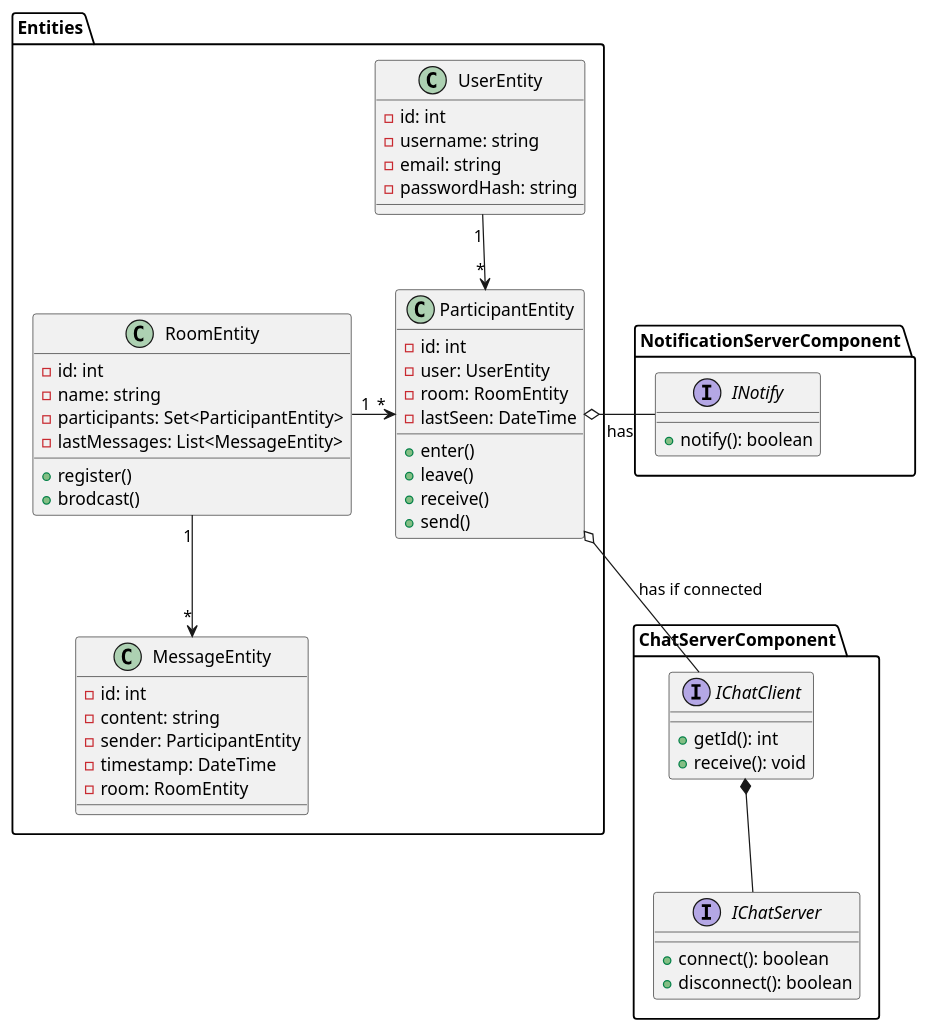
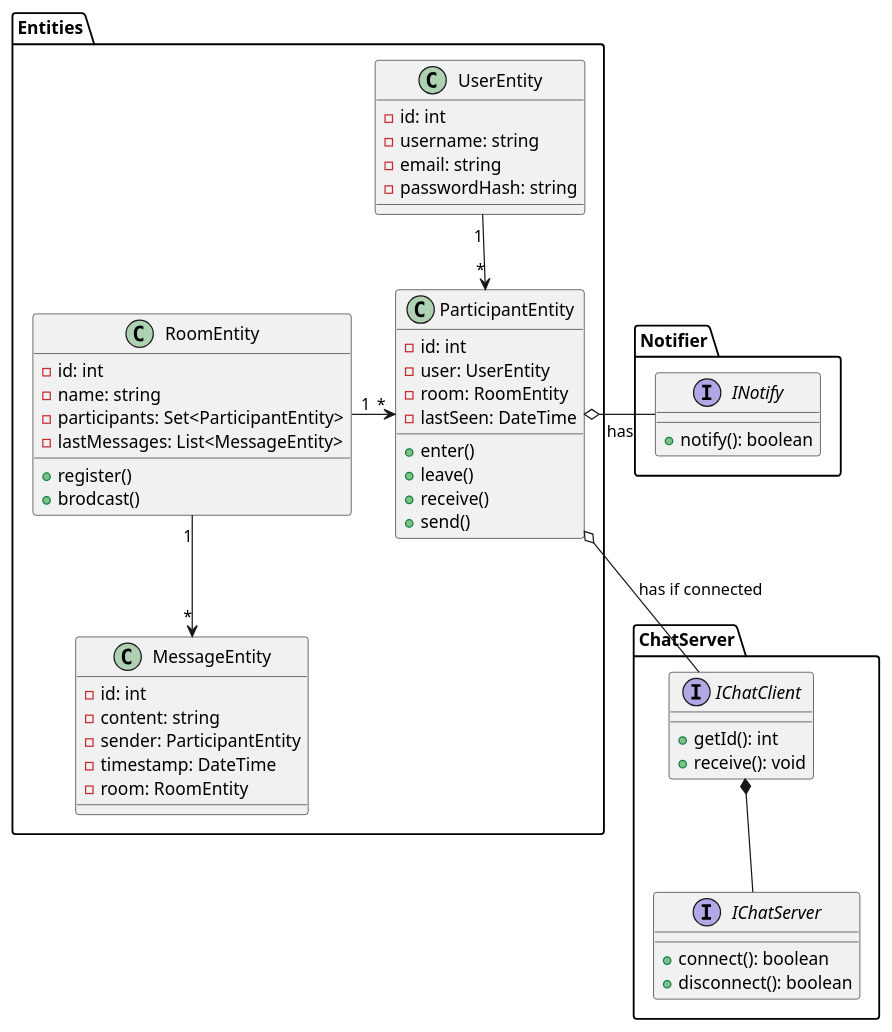
One commit to moez-sadok/chat-clean-architecture changed the diagram in docs/design/entities-digram.wsd. Above: the diagram before and after it, drawn with PlantUML. The commit also changed 26 other files, not shown here.

```diff
--- a/docs/design/entities-digram.wsd
+++ b/docs/design/entities-digram.wsd
@@ -1,69 +1,69 @@
 @startuml
 ' Entity Diagram for Chat System
 
 package "Entities" {
     class UserEntity {
         - id: int
         - username: string
         - email: string
         - passwordHash: string
     }
 
     class RoomEntity {
         - id: int
         - name: string
         - participants: Set<ParticipantEntity>
         - lastMessages: List<MessageEntity>
         +register()
         +brodcast()
     }
 
     class ParticipantEntity {
         - id: int
         - user: UserEntity
         - room: RoomEntity
         - lastSeen: DateTime
         +enter()
         +leave()
         +receive()
         +send()
     }
 
     class MessageEntity {
         - id: int
         - content: string
         - sender: ParticipantEntity
         - timestamp: DateTime
         - room: RoomEntity
     }
 }
 
-package "NotificationServerComponent" {
+package "Notifier" {
     interface INotify {
         + notify(): boolean
     }
 }
 
-package "ChatServerComponent" {
+package "ChatServer" {
     interface IChatClient {
         + getId(): int
         + receive(): void
     }
 
     interface IChatServer {
         + connect(): boolean
         + disconnect(): boolean
     }
 }
 
 IChatClient *-- IChatServer
 
 
 RoomEntity "1" -right-> "*" ParticipantEntity
 RoomEntity "1" --> "*" MessageEntity
 UserEntity "1" --> "*" ParticipantEntity
 
 ParticipantEntity o-right- INotify: has
 ParticipantEntity o-- IChatClient: has if connected
 
 @enduml
```
